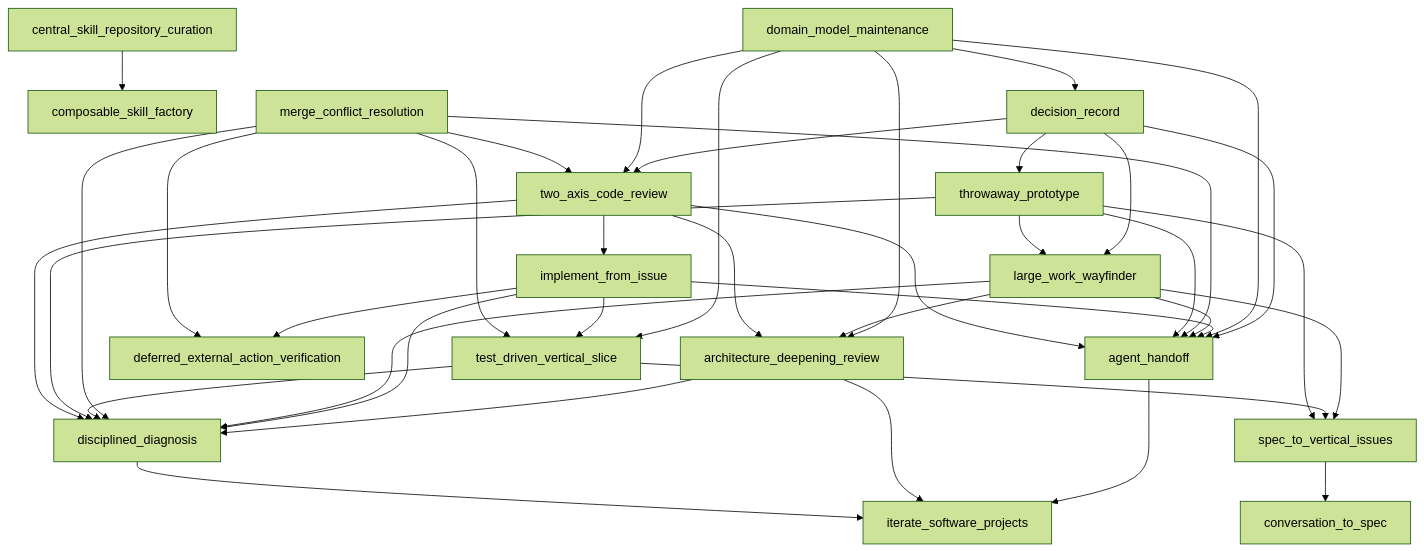
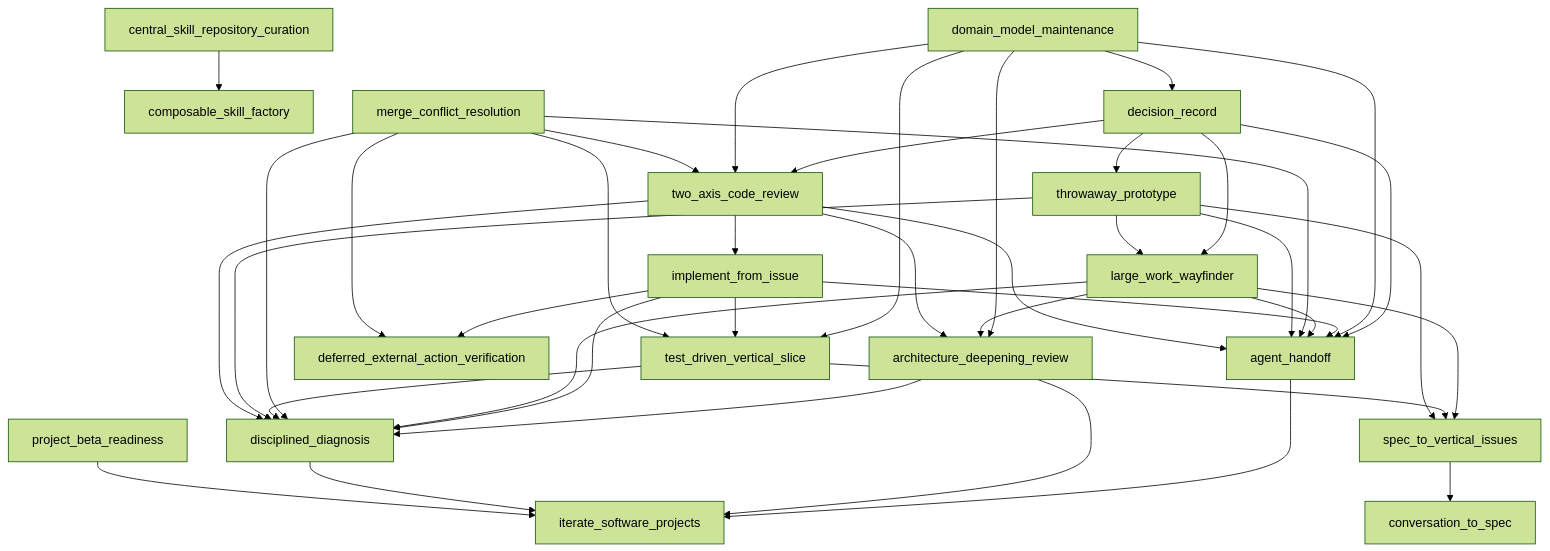
Before and after one commit to GithubLarsKomo/skillz: the diagram in docs/SKILL-DEPENDENCIES.md, drawn with Mermaid (forest theme). The commit also changed other lines of this file and 4 other files, not shown here.

Commit message:
chore: synchronize beta readiness skill metadata

````diff
--- a/docs/SKILL-DEPENDENCIES.md
+++ b/docs/SKILL-DEPENDENCIES.md
@@ -5,41 +5,42 @@
 ```mermaid
 graph TD
   agent_handoff --> iterate_software_projects
   architecture_deepening_review --> disciplined_diagnosis
   architecture_deepening_review --> iterate_software_projects
   central_skill_repository_curation --> composable_skill_factory
   decision_record --> agent_handoff
   decision_record --> large_work_wayfinder
   decision_record --> throwaway_prototype
   decision_record --> two_axis_code_review
   disciplined_diagnosis --> iterate_software_projects
   domain_model_maintenance --> agent_handoff
   domain_model_maintenance --> architecture_deepening_review
   domain_model_maintenance --> decision_record
   domain_model_maintenance --> test_driven_vertical_slice
   domain_model_maintenance --> two_axis_code_review
   implement_from_issue --> agent_handoff
   implement_from_issue --> deferred_external_action_verification
   implement_from_issue --> disciplined_diagnosis
   implement_from_issue --> test_driven_vertical_slice
   large_work_wayfinder --> agent_handoff
   large_work_wayfinder --> architecture_deepening_review
   large_work_wayfinder --> disciplined_diagnosis
   large_work_wayfinder --> spec_to_vertical_issues
   merge_conflict_resolution --> agent_handoff
   merge_conflict_resolution --> deferred_external_action_verification
   merge_conflict_resolution --> disciplined_diagnosis
   merge_conflict_resolution --> test_driven_vertical_slice
   merge_conflict_resolution --> two_axis_code_review
+  project_beta_readiness --> iterate_software_projects
   spec_to_vertical_issues --> conversation_to_spec
   test_driven_vertical_slice --> disciplined_diagnosis
   test_driven_vertical_slice --> spec_to_vertical_issues
   throwaway_prototype --> agent_handoff
   throwaway_prototype --> disciplined_diagnosis
   throwaway_prototype --> large_work_wayfinder
   throwaway_prototype --> spec_to_vertical_issues
   two_axis_code_review --> agent_handoff
   two_axis_code_review --> architecture_deepening_review
   two_axis_code_review --> disciplined_diagnosis
   two_axis_code_review --> implement_from_issue
 ```
````
